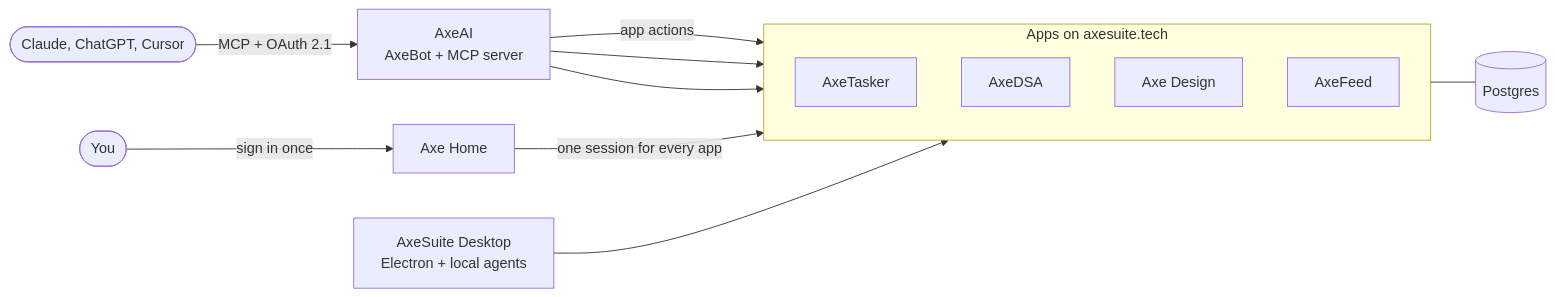
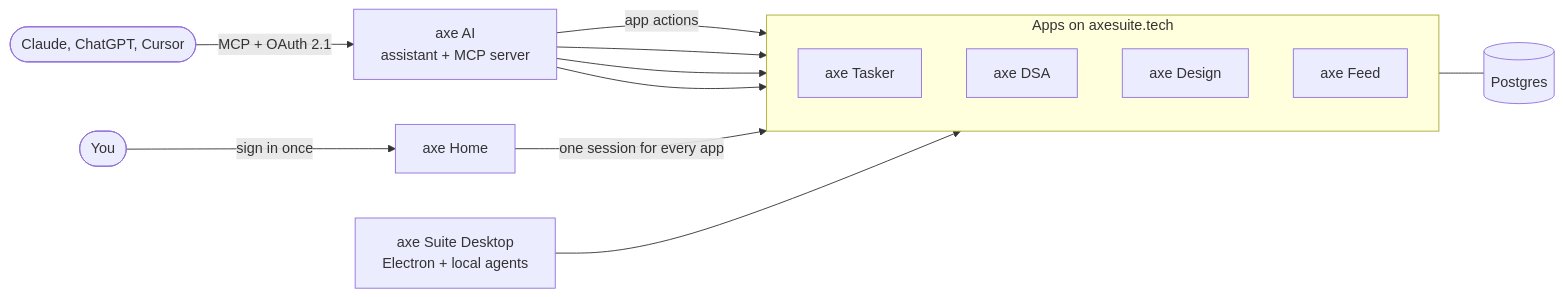
Before and after one commit to masterunix/masterunix: the diagram in README.md, drawn with Mermaid. The commit also changed other lines of this file, not shown here.

Commit message:
README v3.3: FT7 as the desktop app it is now, SkyKeys, axe Suite's new names, AshaKiran's stack

````diff
--- a/README.md
+++ b/README.md
@@ -31,18 +31,19 @@
 ```mermaid
 flowchart LR
-    you([You]) -->|sign in once| home[Axe Home]
+    you([You]) -->|sign in once| home[axe Home]
     home -->|one session for every app| apps
     subgraph apps [Apps on axesuite.tech]
         direction TB
-        tasker[AxeTasker]
-        dsa[AxeDSA]
-        design[Axe Design]
-        feed[AxeFeed]
+        tasker[axe Tasker]
+        dsa[axe DSA]
+        design[axe Design]
+        feed[axe Feed]
     end
-    llm([Claude, ChatGPT, Cursor]) -->|MCP + OAuth 2.1| ai[AxeAI<br/>AxeBot + MCP server]
+    llm([Claude, ChatGPT, Cursor]) -->|MCP + OAuth 2.1| ai[axe AI<br/>assistant + MCP server]
     ai -->|app actions| tasker
     ai --> dsa
     ai --> design
-    desktop[AxeSuite Desktop<br/>Electron + local agents] --> apps
+    ai --> feed
+    desktop[axe Suite Desktop<br/>Electron + local agents] --> apps
     apps --- db[(Postgres)]
 ```
````
